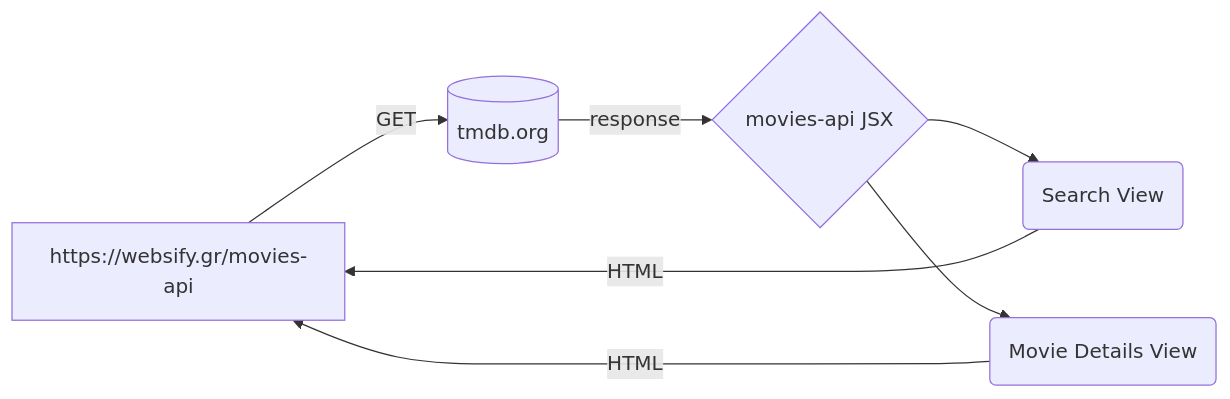
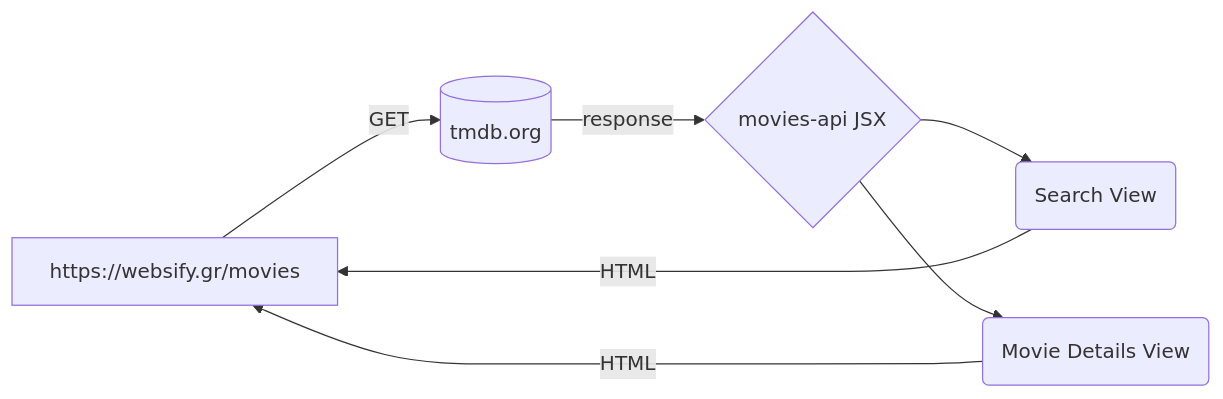
One commit to websifyGR/moviebrowser changed the diagram in README.md. Above: the diagram before and after it, drawn with Mermaid. The commit also changed other lines of this file, not shown here.

````diff
--- a/README.md
+++ b/README.md
@@ -28,10 +28,10 @@
 ```mermaid
 graph LR
-A[https://websify.gr/movies-api] -- GET --> B[(tmdb.org)]
+A[https://websify.gr/movies] -- GET --> B[(tmdb.org)]
  B -- response --> D{movies-api JSX} 
  D --> E(Search View)
  D --> F(Movie Details View)
  E -- HTML --> A
  F -- HTML --> A
 
 ```
````
